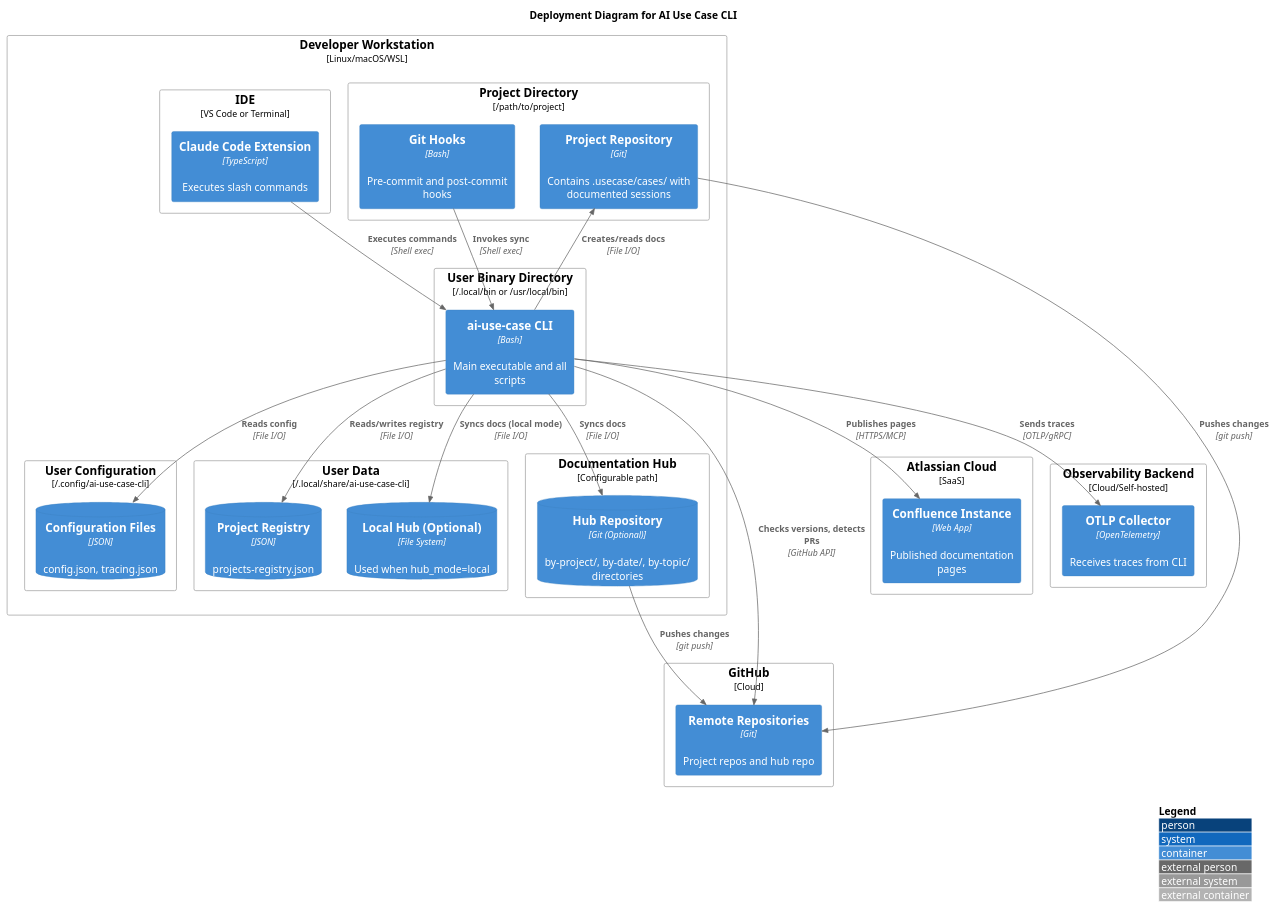
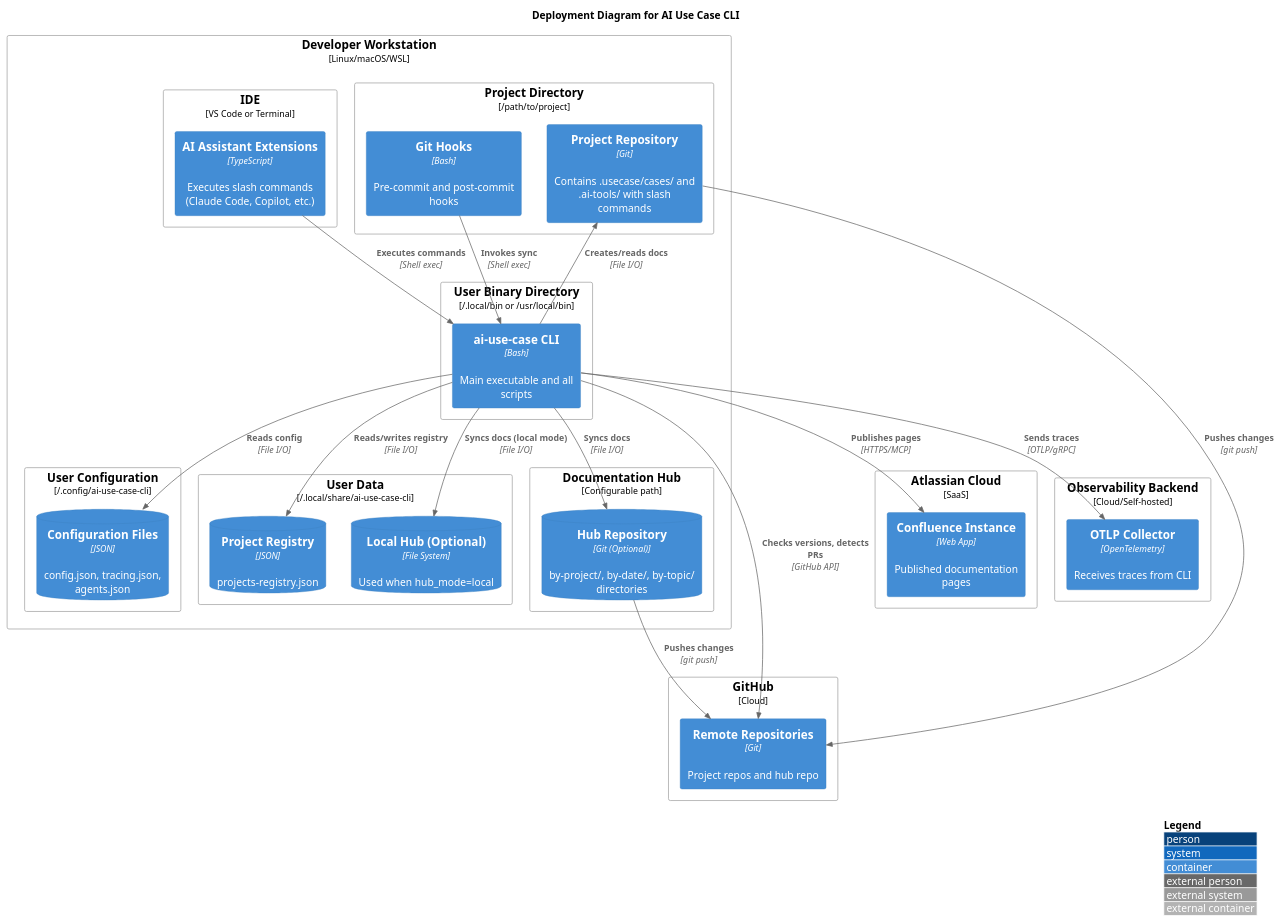
Before and after one commit to mt-osiris-tools/ai-use-case-cli: the fifth of 5 diagrams in docs/diagrams/c4-architecture.puml, drawn with PlantUML. The commit also changed other lines of this file and 8 other files, not shown here.

First line of the commit message:
docs: update architecture diagrams for Agent Framework and AI tool agnosticism

```diff
--- a/docs/diagrams/c4-architecture.puml
+++ b/docs/diagrams/c4-architecture.puml
@@ -144,64 +200,64 @@
 @startuml AI Use Case CLI - Deployment Diagram
 !include https://raw.githubusercontent.com/plantuml-stdlib/C4-PlantUML/master/C4_Deployment.puml
 
 LAYOUT_WITH_LEGEND()
 
 title Deployment Diagram for AI Use Case CLI
 
 Deployment_Node(dev_machine, "Developer Workstation", "Linux/macOS/WSL") {
     Deployment_Node(project_workspace, "Project Directory", "/path/to/project") {
-        Container(project_repo, "Project Repository", "Git", "Contains .usecase/cases/ with documented sessions")
+        Container(project_repo, "Project Repository", "Git", "Contains .usecase/cases/ and .ai-tools/ with slash commands")
         Container(git_hooks_deployed, "Git Hooks", "Bash", "Pre-commit and post-commit hooks")
     }
 
     Deployment_Node(user_bin, "User Binary Directory", "~/.local/bin or /usr/local/bin") {
         Container(cli_executable, "ai-use-case CLI", "Bash", "Main executable and all scripts")
     }
 
     Deployment_Node(user_config, "User Configuration", "~/.config/ai-use-case-cli") {
-        ContainerDb(config_files, "Configuration Files", "JSON", "config.json, tracing.json")
+        ContainerDb(config_files, "Configuration Files", "JSON", "config.json, tracing.json, agents.json")
     }
 
     Deployment_Node(user_data, "User Data", "~/.local/share/ai-use-case-cli") {
         ContainerDb(project_registry, "Project Registry", "JSON", "projects-registry.json")
         ContainerDb(local_hub, "Local Hub (Optional)", "File System", "Used when hub_mode=local")
     }
 
     Deployment_Node(hub_location, "Documentation Hub", "Configurable path") {
         ContainerDb(hub_repo, "Hub Repository", "Git (Optional)", "by-project/, by-date/, by-topic/ directories")
     }
 
     Deployment_Node(ide, "IDE", "VS Code or Terminal") {
-        Container(claude_code_ext, "Claude Code Extension", "TypeScript", "Executes slash commands")
+        Container(ai_assistant_ext, "AI Assistant Extensions", "TypeScript", "Executes slash commands (Claude Code, Copilot, etc.)")
     }
 }
 
 Deployment_Node(github_cloud, "GitHub", "Cloud") {
     Container(remote_repos, "Remote Repositories", "Git", "Project repos and hub repo")
 }
 
 Deployment_Node(atlassian_cloud, "Atlassian Cloud", "SaaS") {
     Container(confluence_instance, "Confluence Instance", "Web App", "Published documentation pages")
 }
 
 Deployment_Node(observability, "Observability Backend", "Cloud/Self-hosted") {
     Container(otlp_collector, "OTLP Collector", "OpenTelemetry", "Receives traces from CLI")
 }
 
 Rel(cli_executable, config_files, "Reads config", "File I/O")
 Rel(cli_executable, project_registry, "Reads/writes registry", "File I/O")
 Rel(cli_executable, project_repo, "Creates/reads docs", "File I/O")
 Rel(cli_executable, hub_repo, "Syncs docs", "File I/O")
 Rel(cli_executable, local_hub, "Syncs docs (local mode)", "File I/O")
 
 Rel(git_hooks_deployed, cli_executable, "Invokes sync", "Shell exec")
-Rel(claude_code_ext, cli_executable, "Executes commands", "Shell exec")
+Rel(ai_assistant_ext, cli_executable, "Executes commands", "Shell exec")
 
 Rel(hub_repo, remote_repos, "Pushes changes", "git push")
 Rel(project_repo, remote_repos, "Pushes changes", "git push")
 
 Rel(cli_executable, confluence_instance, "Publishes pages", "HTTPS/MCP")
 Rel(cli_executable, otlp_collector, "Sends traces", "OTLP/gRPC")
 Rel(cli_executable, remote_repos, "Checks versions, detects PRs", "GitHub API")
 
 @enduml
```
